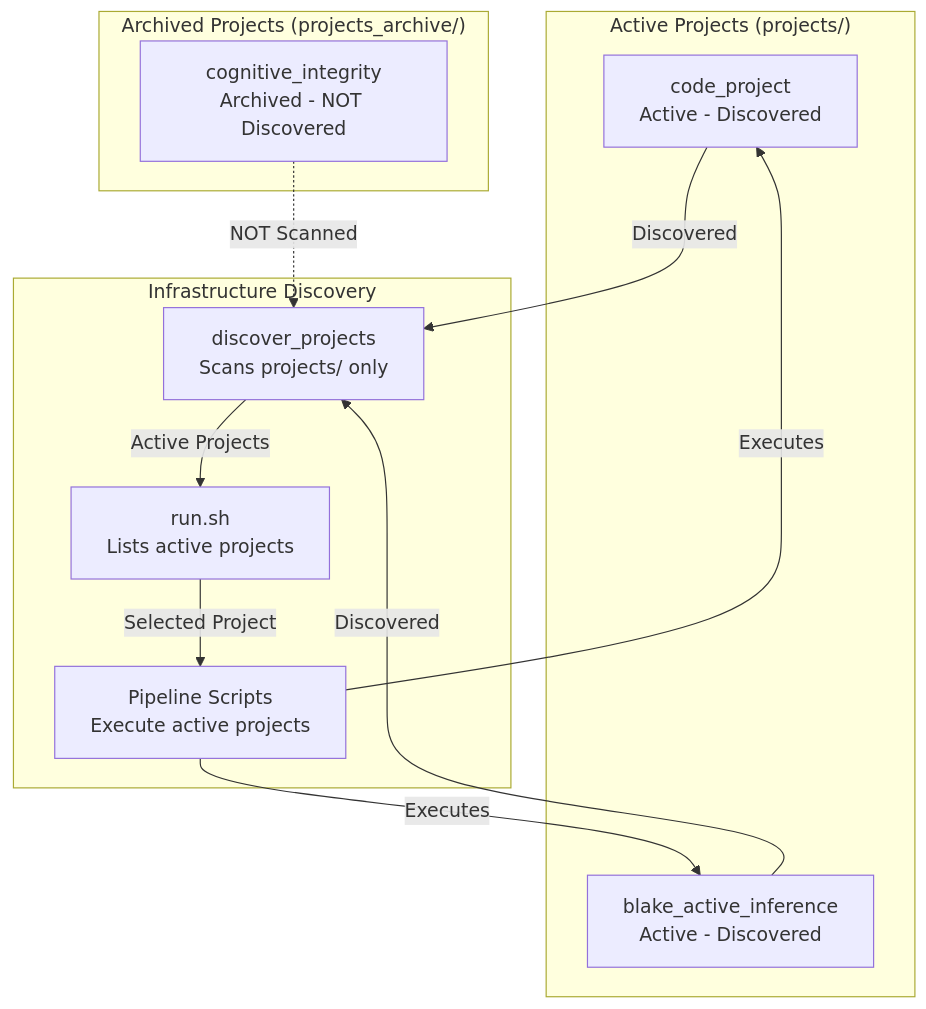
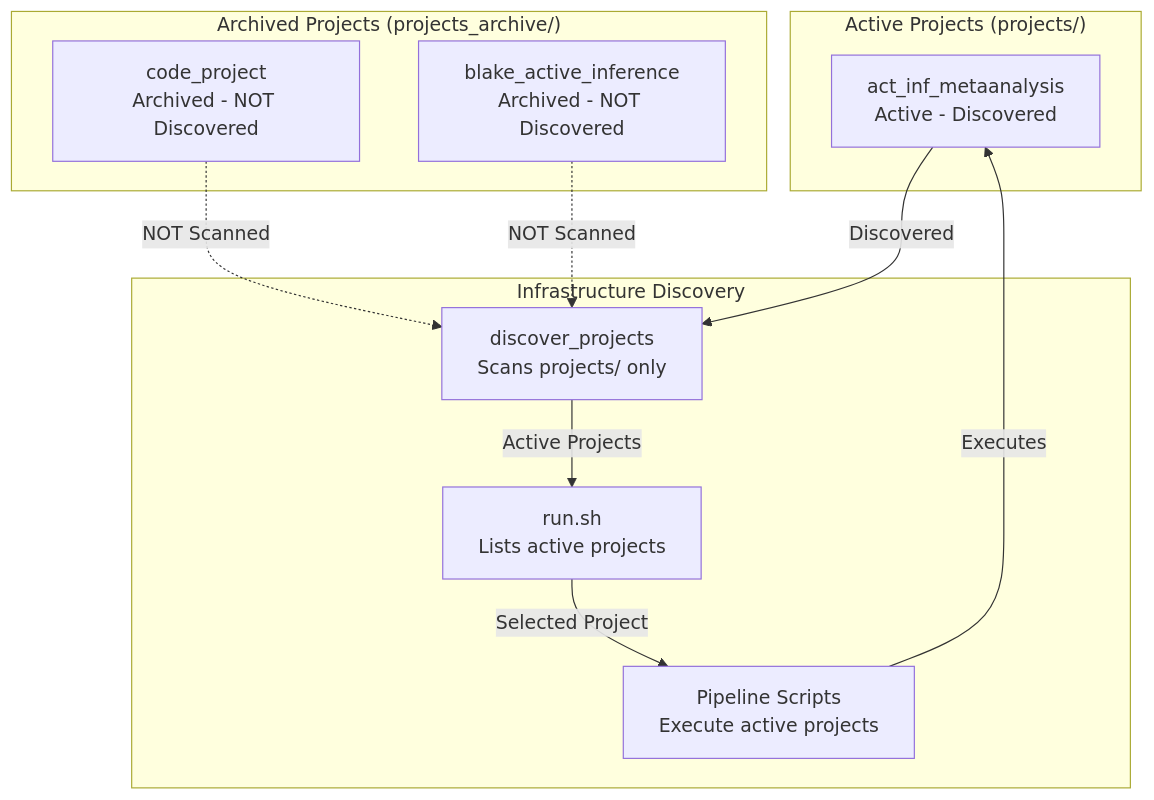
The diagram in projects/AGENTS.md (docxology/template), drawn with Mermaid before and after one commit. The commit also changed other lines of this file and 738 other files, not shown here.

````diff
--- a/projects/AGENTS.md
+++ b/projects/AGENTS.md
@@ -61,26 +61,25 @@
 ```mermaid
 graph TD
     subgraph Active["Active Projects (projects/)"]
-        P1[code_project<br/>Active - Discovered]
-        P2[blake_active_inference<br/>Active - Discovered]
+        P1[act_inf_metaanalysis<br/>Active - Discovered]
     end
 
     subgraph Archive["Archived Projects (projects_archive/)"]
-        A1[cognitive_integrity<br/>Archived - NOT Discovered]
+        A1[code_project<br/>Archived - NOT Discovered]
+        A2[blake_active_inference<br/>Archived - NOT Discovered]
     end
 
     subgraph Infrastructure["Infrastructure Discovery"]
         DISCOVER[discover_projects<br/>Scans projects/ only]
         RUNSH[run.sh<br/>Lists active projects]
         PIPELINE[Pipeline Scripts<br/>Execute active projects]
     end
 
     P1 -->|Discovered| DISCOVER
-    P2 -->|Discovered| DISCOVER
     A1 -.->|NOT Scanned| DISCOVER
+    A2 -.->|NOT Scanned| DISCOVER
 
     DISCOVER -->|Active Projects| RUNSH
     RUNSH -->|Selected Project| PIPELINE
     PIPELINE -->|Executes| P1
-    PIPELINE -->|Executes| P2
 ```
````
